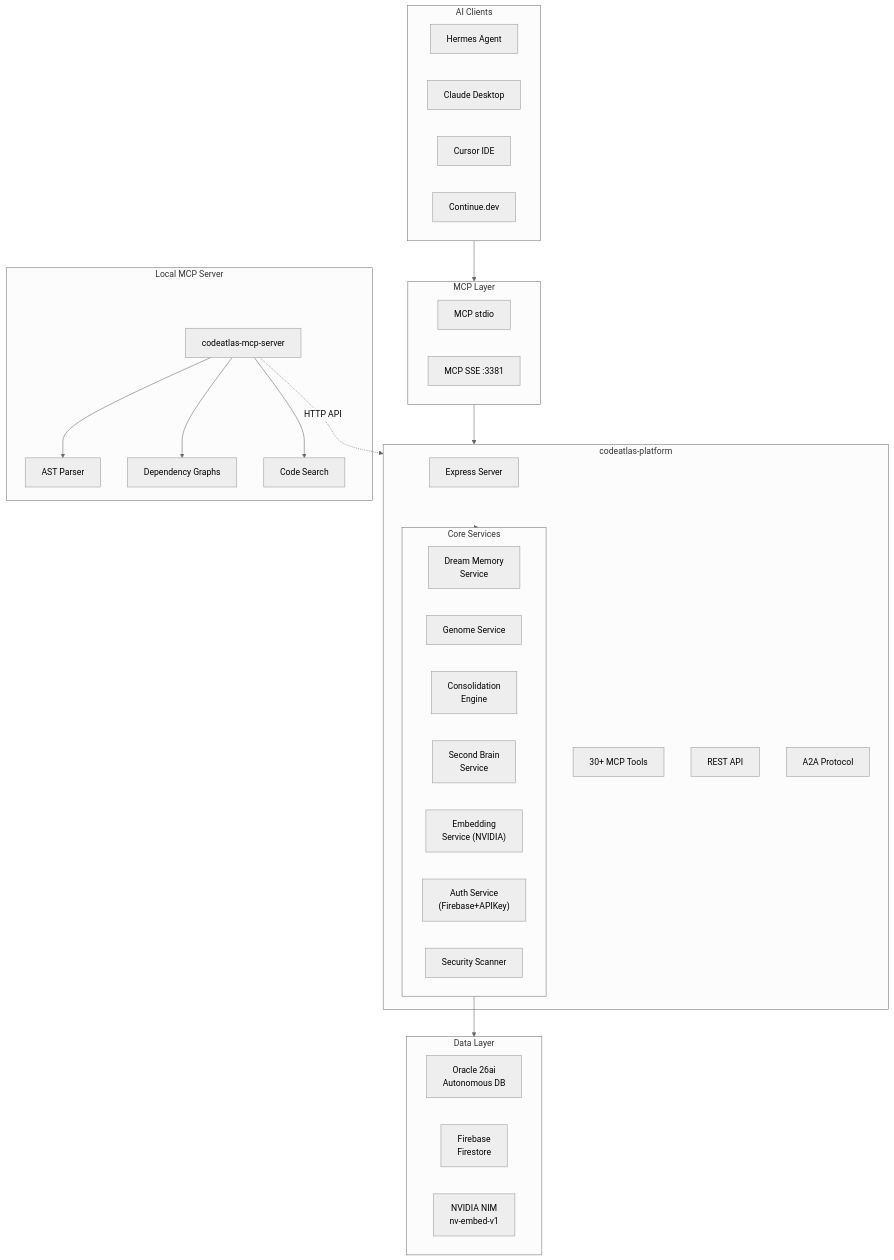
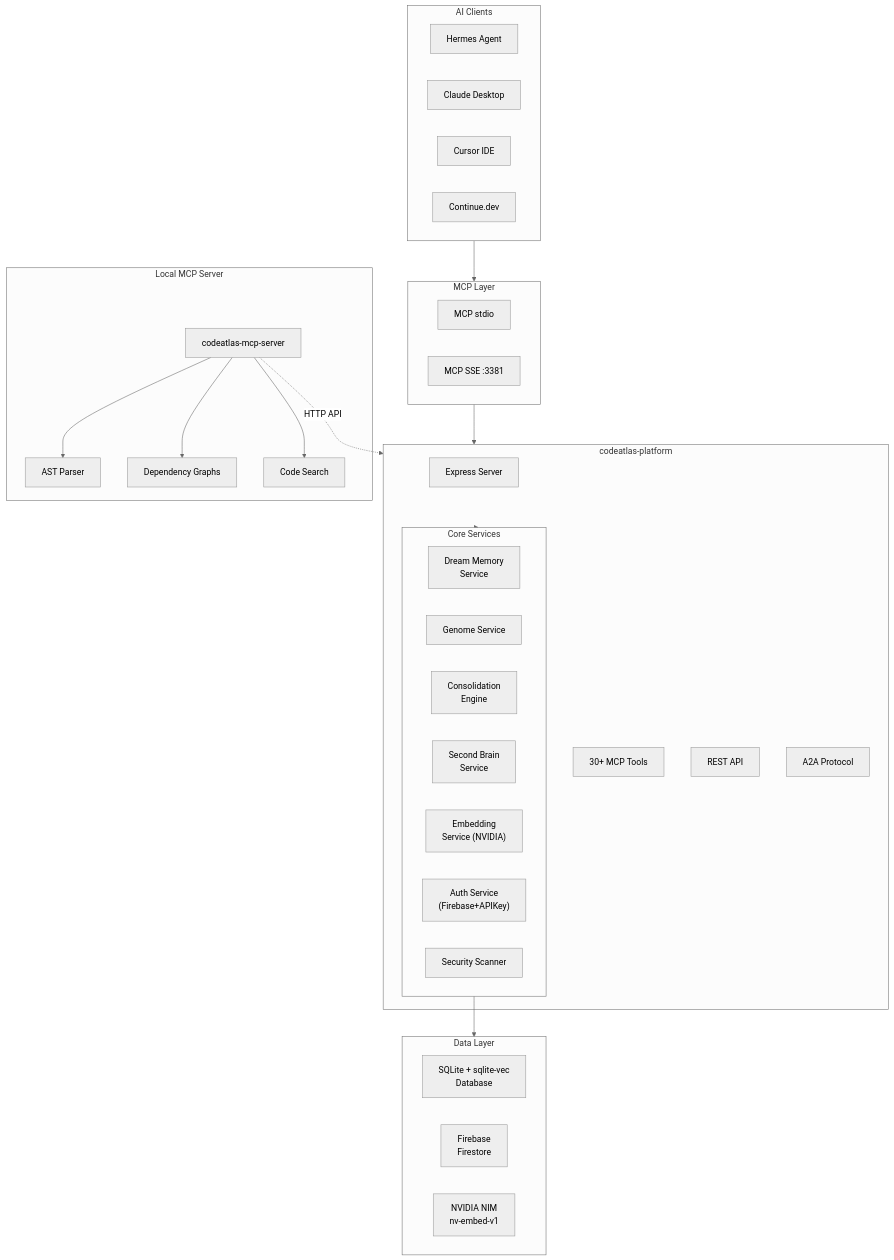
One commit to giauphan/codeatlas-platform changed the diagram in docs/diagrams/system.mmd. Above: the diagram before and after it, drawn with Mermaid (neutral theme). The commit also changed 79 other files, not shown here.

First line of the commit message:
Migrate from Oracle to SQLite as default database (#226)

```diff
--- a/docs/diagrams/system.mmd
+++ b/docs/diagrams/system.mmd
@@ -1,51 +1,51 @@
 flowchart TB
     subgraph Clients["AI Clients"]
         Hermes["Hermes Agent"]
         Claude["Claude Desktop"]
         Cursor["Cursor IDE"]
         Continue["Continue.dev"]
     end
 
     subgraph MCPLayer["MCP Layer"]
         MCPstdio["MCP stdio"]
         MCPsse["MCP SSE :3381"]
     end
 
     subgraph Platform["codeatlas-platform"]
         Express["Express Server"]
         MCPTools["30+ MCP Tools"]
         REST["REST API"]
         A2A["A2A Protocol"]
         
         subgraph Services["Core Services"]
             Dreams["Dream Memory<br/>Service"]
             Genome["Genome Service"]
             Consolidation["Consolidation<br/>Engine"]
             SecondBrain["Second Brain<br/>Service"]
             Embedding["Embedding<br/>Service (NVIDIA)"]
             Auth["Auth Service<br/>(Firebase+APIKey)"]
             Scanner["Security Scanner"]
         end
     end
 
     subgraph DataLayer["Data Layer"]
-        Oracle["Oracle 26ai<br/>Autonomous DB"]
+        SQLite["SQLite + sqlite-vec<br/>Database"]
         Firebase["Firebase<br/>Firestore"]
         NVIDIA["NVIDIA NIM<br/>nv-embed-v1"]
     end
 
     subgraph Local["Local MCP Server"]
         MCPServer["codeatlas-mcp-server"]
         AST["AST Parser"]
         DepGraph["Dependency Graphs"]
         CodeSearch["Code Search"]
     end
 
     Clients --> MCPLayer
     MCPLayer --> Platform
     Platform --> Services
     Services --> DataLayer
     MCPServer --> AST
     MCPServer --> DepGraph
     MCPServer --> CodeSearch
     MCPServer -.->|HTTP API| Platform
```
